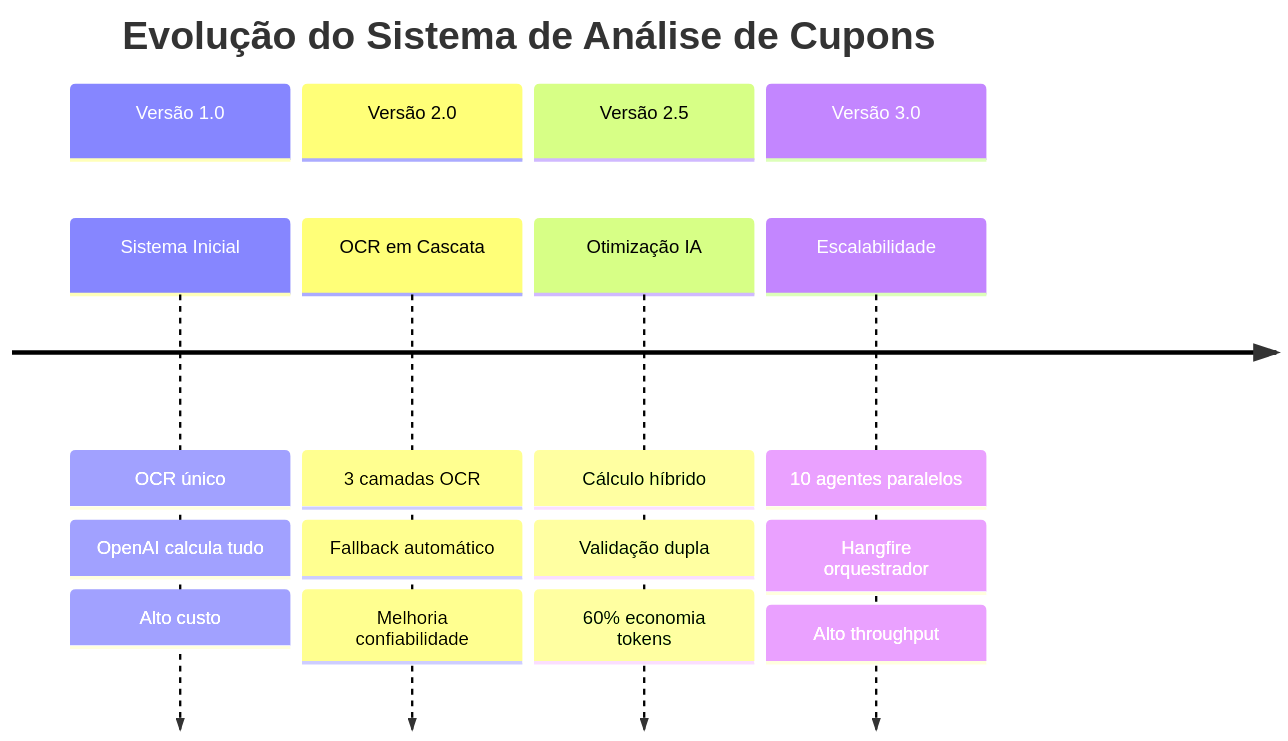
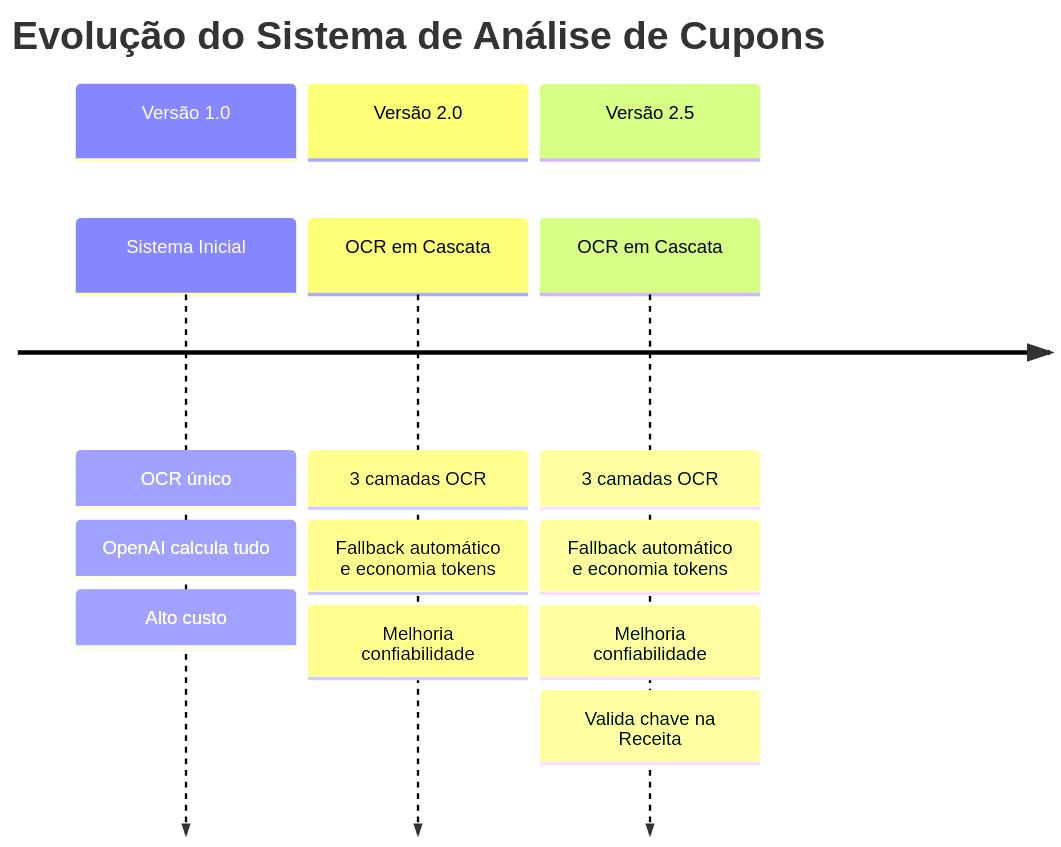
Diagram 17 of 18 in README.md (LeonardoDalcorso/agent_sorte_de_quem_indica), drawn with Mermaid before and after one commit. The commit also changed other lines of this file, not shown here.

````diff
--- a/README.md
+++ b/README.md
@@ -1082,24 +1082,21 @@
 ```mermaid
 timeline
     title Evolução do Sistema de Análise de Cupons
     
     section Versão 1.0
         Sistema Inicial : OCR único
                        : OpenAI calcula tudo
                        : Alto custo
                        
     section Versão 2.0
         OCR em Cascata : 3 camadas OCR
-                      : Fallback automático
+                      : Fallback automático e economia tokens
                       : Melhoria confiabilidade
                       
     section Versão 2.5
-        Otimização IA : Cálculo híbrido
-                     : Validação dupla
-                     : 60% economia tokens
-                     
-    section Versão 3.0
-        Escalabilidade : 10 agentes paralelos
-                      : Hangfire orquestrador
-                      : Alto throughput
+        OCR em Cascata : 3 camadas OCR
+                      : Fallback automático e economia tokens
+                      : Melhoria confiabilidade
+                      : Valida chave na Receita
+
 ```
````
